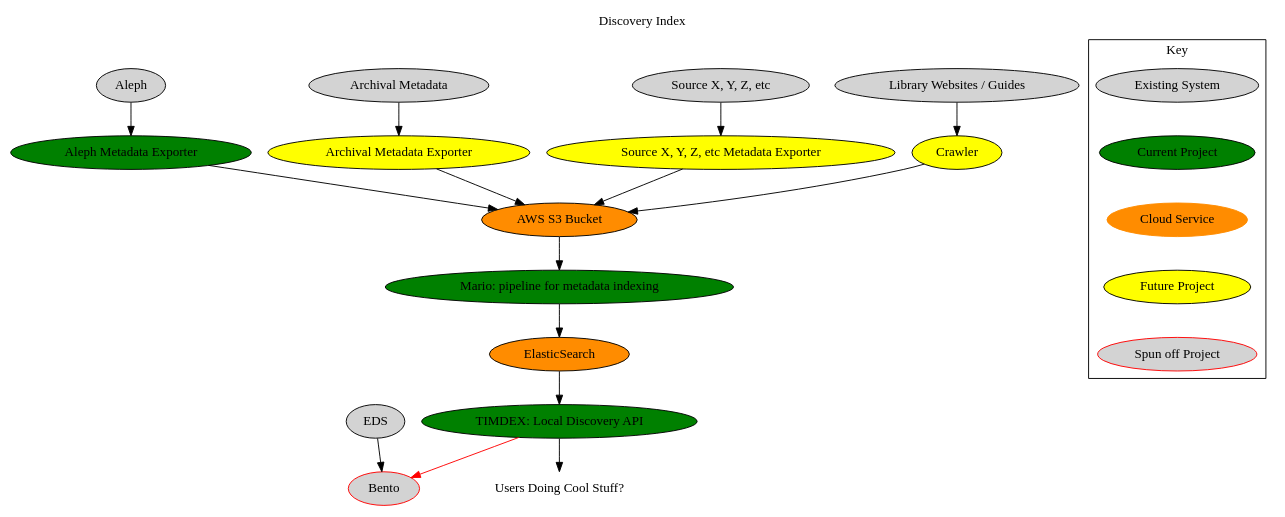
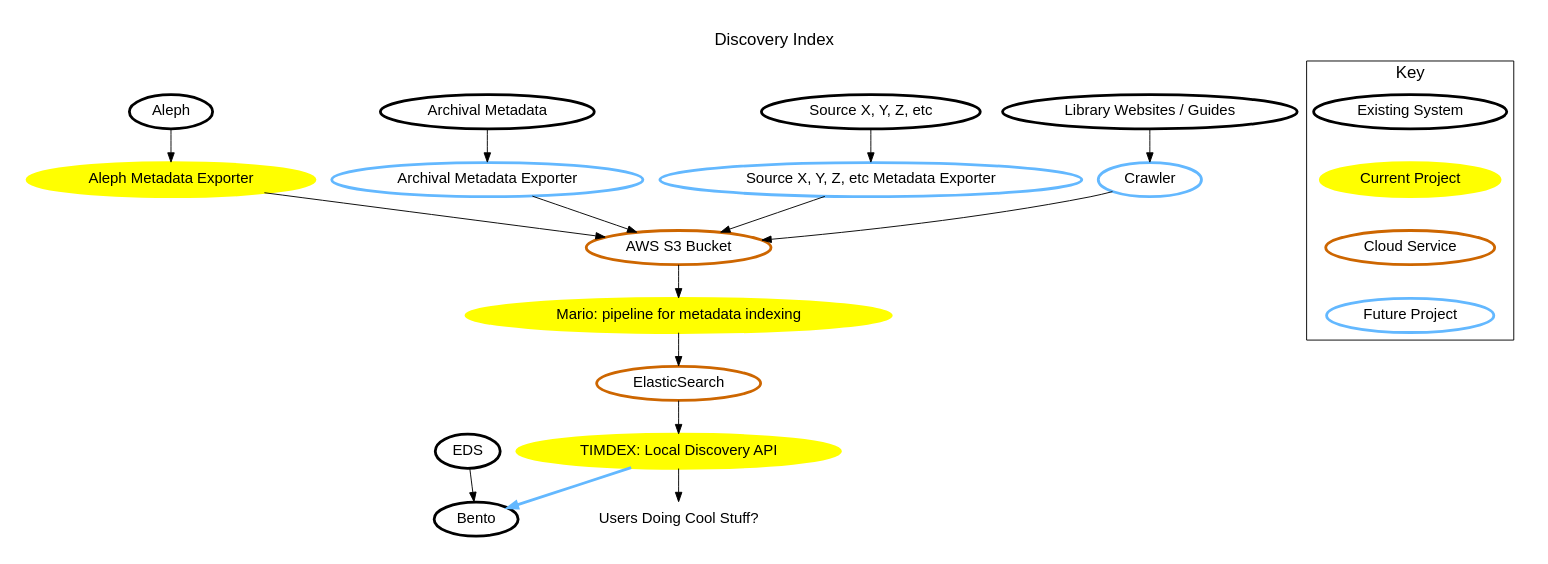
The diagram in docs/charts/dip_overview.dot (MITLibraries/mario), drawn with Graphviz before and after one commit. The commit also changed 3 other files, not shown here.

Commit message:
Update charts to use colorblind-safe colors and more accessible font

```diff
--- a/docs/charts/dip_overview.dot
+++ b/docs/charts/dip_overview.dot
@@ -1,59 +1,61 @@
 // dot docs/charts/dip_overview.dot -Tpng > docs/charts/dip_overview.png
 // requires installation of GraphViz (brew install graphviz, or
 // http://www.graphviz.org/Download..php if that doesn't work)
 
 digraph G {
   label="Discovery Index";
   labelloc=t;
-  node [style=filled];
+  fontname=helvetica;
+  fontsize=18;
+  node [style=filled, fontname=helvetica, color=black, fillcolor=white, penwidth=3, fontsize=16];
+  pad=0.3;
 
-  aleph[label="Aleph", color=black, fillcolor=lightgray]
-  alephExporter[label="Aleph Metadata Exporter", color=black, fillcolor=green]
-  s3[label="AWS S3 Bucket", color=black, fillcolor=darkorange]
-  processor[label="Mario: pipeline for metadata indexing", color=black, fillcolor=green]
-  index[label="ElasticSearch", color=black, fillcolor=darkorange]
-  archives[label="Archival Metadata", color=black, fillcolor=lightgray]
-  archivesExporter[label="Archival Metadata Exporter", color=black, fillcolor=yellow]
-  futureData[label="Source X, Y, Z, etc", color=black, fillcolor=lightgray]
-  futureExporter[label="Source X, Y, Z, etc Metadata Exporter", color=black, fillcolor=yellow]
-  websites[label="Library Websites / Guides", color=black, fillcolor=lightgray]
-  websitesCrawler[label="Crawler", color=black, fillcolor=yellow]
-  api[label="TIMDEX: Local Discovery API", color=black, fillcolor=green]
-  eds[label="EDS", color=black, fillcolor=lightgray]
-  bento[label="Bento", color=red, fillcolor=lightgray]
+  aleph[label="Aleph"]
+  alephExporter[label="Aleph Metadata Exporter", color=Yellow1, fillcolor=Yellow1]
+  s3[label="AWS S3 Bucket", color=DarkOrange3]
+  processor[label="Mario: pipeline for metadata indexing", color=Yellow1, fillcolor=Yellow1]
+  index[label="ElasticSearch", color=DarkOrange3]
+  archives[label="Archival Metadata"]
+  archivesExporter[label="Archival Metadata Exporter", color=SteelBlue1]
+  futureData[label="Source X, Y, Z, etc", color=black]
+  futureExporter[label="Source X, Y, Z, etc Metadata Exporter", color=SteelBlue1]
+  websites[label="Library Websites / Guides", color=black]
+  websitesCrawler[label="Crawler", color=SteelBlue1]
+  api[label="TIMDEX: Local Discovery API", color=Yellow1, fillcolor=Yellow1]
+  eds[label="EDS"]
+  bento[label="Bento"]
   magic[label="Users Doing Cool Stuff?", color=transparent]
 
   aleph -> alephExporter
   alephExporter -> s3
 
   s3 -> processor
   processor -> index
 
   archives -> archivesExporter
   archivesExporter -> s3
 
   futureData -> futureExporter
   futureExporter -> s3
 
   websites -> websitesCrawler
   websitesCrawler -> s3
 
   index -> api
-  api -> bento [color=red]
+  api -> bento [color=SteelBlue1, penwidth=3]
   api -> magic
 
   eds -> bento
 
   subgraph clusterLegend {
     label="Key";
     {
-     k4[label="Future Project", color=black, fillcolor=yellow];
-     k3[label="Cloud Service", color=darkorange];
-     k2[label="Current Project", color=black, fillcolor=green];
-     k1[label="Existing System", color=black, fillcolor=lightgray];
-     k5[label="Spun off Project", color=red, fillcolor=lightgray]
-     k1 -> k2 -> k3 -> k4 -> k5 [style=invis]
+     k4[label="Future Project", color=SteelBlue1];
+     k3[label="Cloud Service", color=darkorange3];
+     k2[label="Current Project", color=Yellow1, fillcolor=Yellow1];
+     k1[label="Existing System"]
+     k1 -> k2 -> k3 -> k4 [style=invis]
      }
   }
 
 }
```
